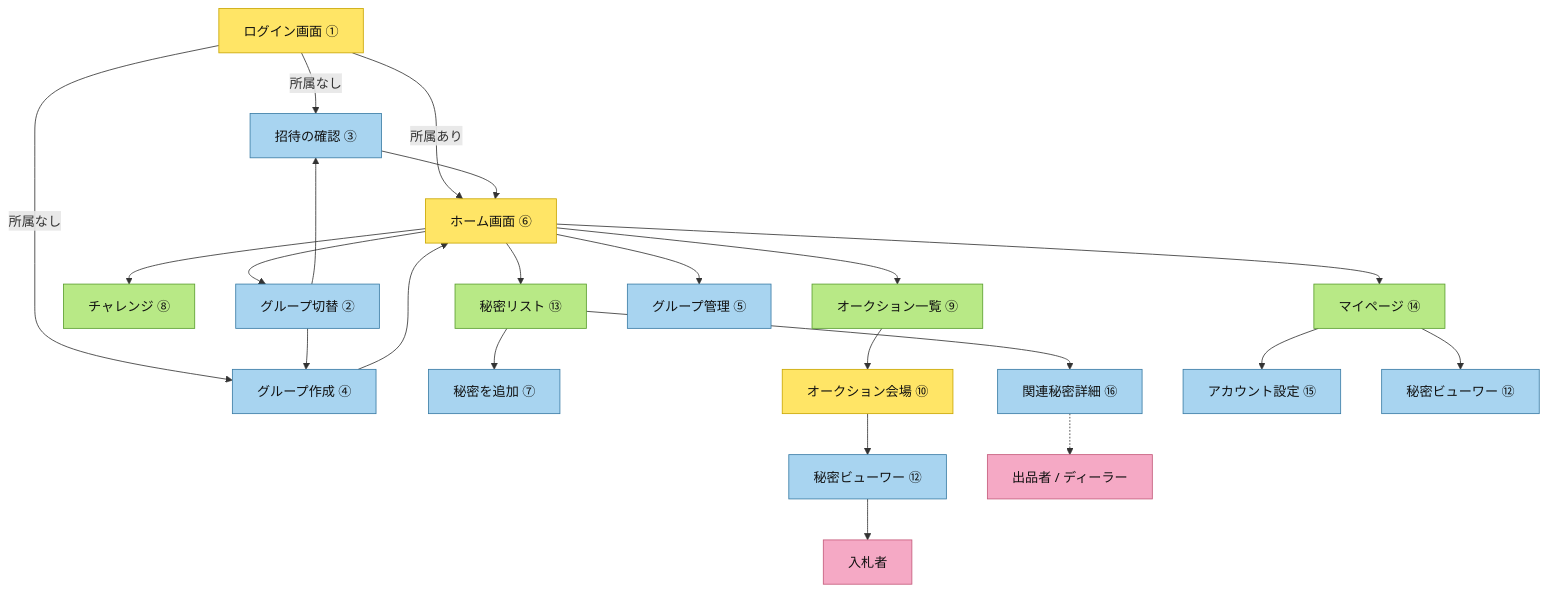
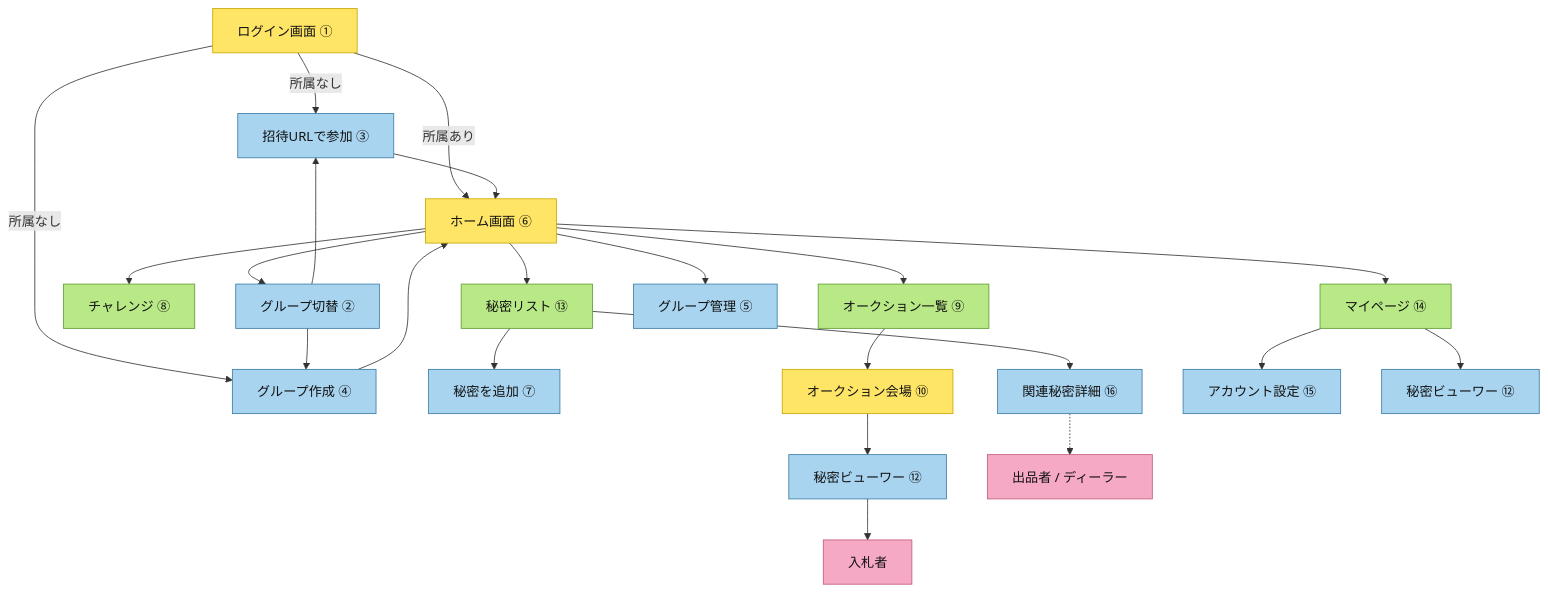
Before and after one commit to t161121t/watnow-team-dokidoki: the diagram in docs/画面.md, drawn with Mermaid. The commit also changed other lines of this file and 17 other files, not shown here.

````diff
--- a/docs/画面.md
+++ b/docs/画面.md
@@ -78,36 +80,36 @@
 ```mermaid
 flowchart TB
   classDef yellow fill:#FFE566,stroke:#C9A600,color:#111
   classDef green fill:#B8E986,stroke:#5A9E2E,color:#111
   classDef blue fill:#A8D4F0,stroke:#3A7CA5,color:#111
   classDef pink fill:#F5A9C5,stroke:#C45A7A,color:#111
 
   L[ログイン画面 ①]:::yellow
-  L -->|所属なし| J[招待の確認 ③]:::blue
+  L -->|所属なし| J[招待URLで参加 ③]:::blue
   L -->|所属なし| N[グループ作成 ④]:::blue
   L -->|所属あり| H[ホーム画面 ⑥]:::yellow
   J --> H
   N --> H
 
   H --> S[秘密リスト ⑬]:::green
   H --> C[チャレンジ ⑧]:::green
   H --> A[オークション一覧 ⑨]:::green
   H --> M[マイページ ⑭]:::green
 
   S --> ADD[秘密を追加 ⑦]:::blue
   S --> REL[関連秘密詳細 ⑯]:::blue
   A --> VENUE[オークション会場 ⑩]:::yellow
   VENUE --> V1[秘密ビューワー ⑫]:::blue
   M --> SET[アカウント設定 ⑮]:::blue
   M --> V2[秘密ビューワー ⑫]:::blue
 
   H --> G0[グループ切替 ②]:::blue
   G0 --> J
   G0 --> N
   H --> G2[グループ管理 ⑤]:::blue
 
   R1[出品者 / ディーラー]:::pink
   R2[入札者]:::pink
   REL -.-> R1
   V1 --> R2
 ```
````
